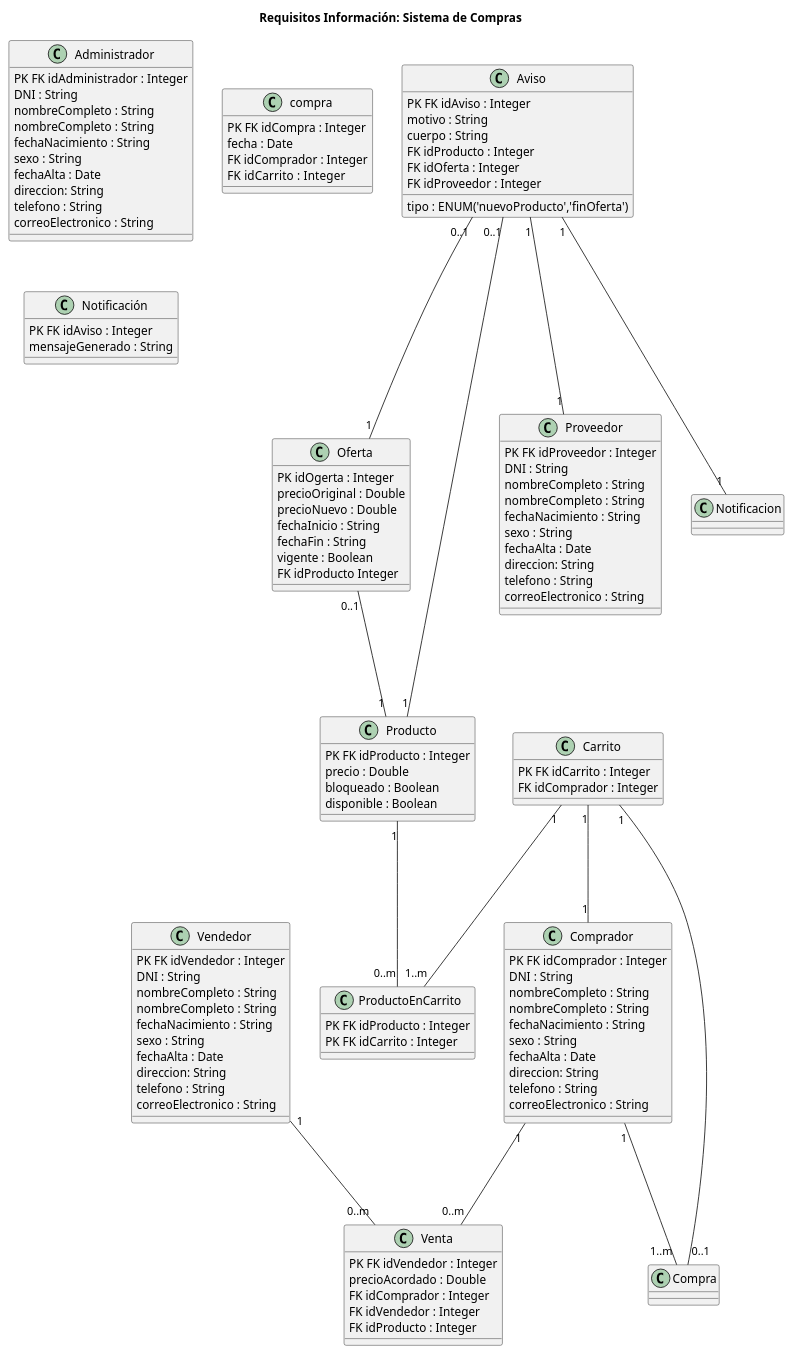
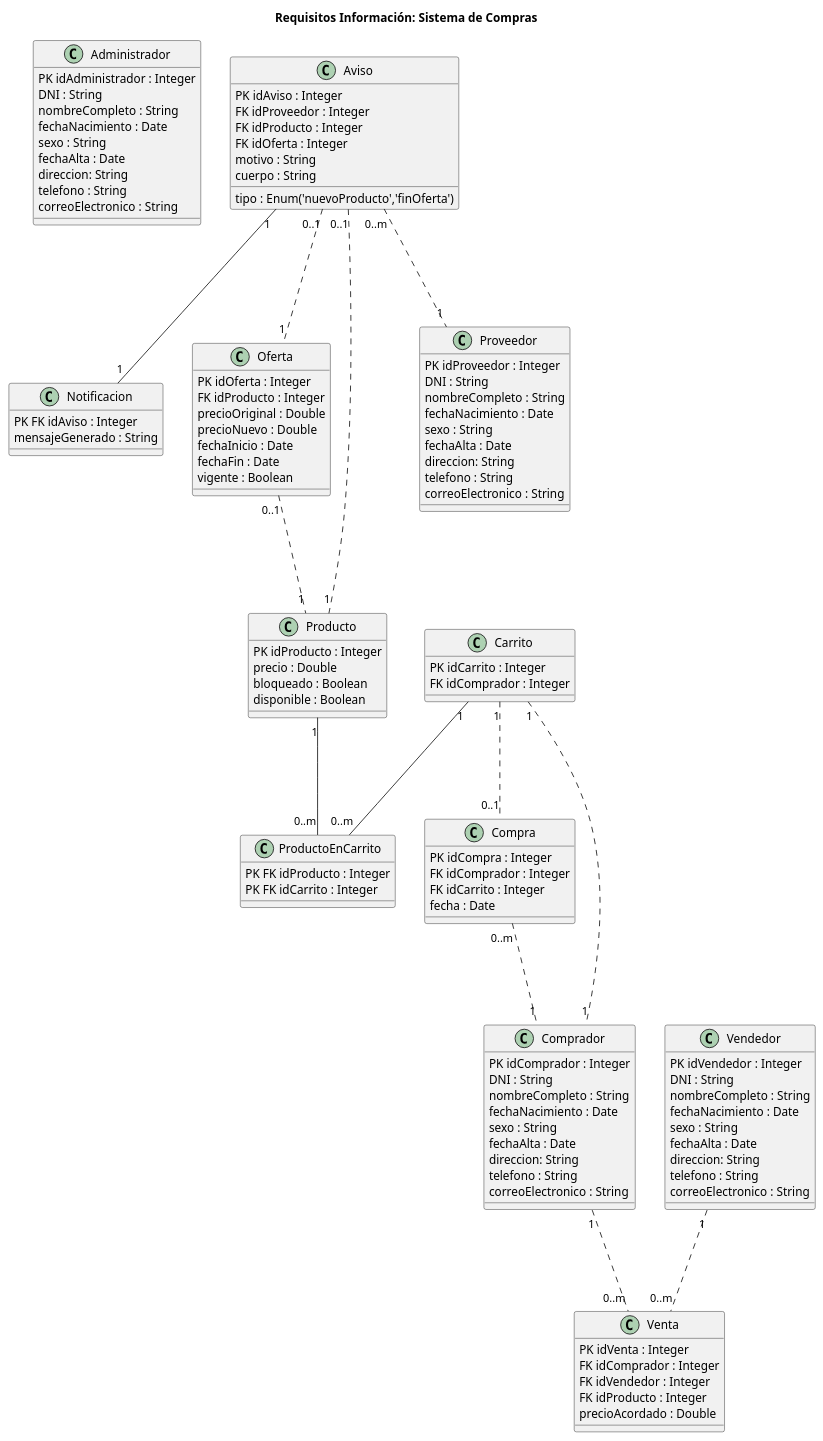
One commit to emg842/INRE-UAL-ROJO-2022 changed the diagram in LAB1/src/IRs_sistema_de_compras.puml. Above: the diagram before and after it, drawn with PlantUML. The commit also changed 2 other files, not shown here.

Commit message:
revision de diagramas de clases del supuesto 1

```diff
--- a/LAB1/src/IRs_sistema_de_compras.puml
+++ b/LAB1/src/IRs_sistema_de_compras.puml
@@ -1,127 +1,123 @@
 @startuml IRs_sistema_de_compras
 
 title Requisitos Información: Sistema de Compras
 
 Class Administrador {
-    PK FK idAdministrador : Integer
+    PK idAdministrador : Integer
     DNI : String
     nombreCompleto : String
-    nombreCompleto : String
-    fechaNacimiento : String
+    fechaNacimiento : Date
     sexo : String
     fechaAlta : Date
     direccion: String
     telefono : String
     correoElectronico : String
 }
 
 Class Aviso {
-    PK FK idAviso : Integer
-    tipo : ENUM('nuevoProducto','finOferta')
+    PK idAviso : Integer
+    FK idProveedor : Integer
+    FK idProducto : Integer
+    FK idOferta : Integer
+    tipo : Enum('nuevoProducto','finOferta')
     motivo : String
     cuerpo : String
-    FK idProducto : Integer
-    FK idOferta : Integer  
-    FK idProveedor : Integer
 }
 
 Class Carrito {
-    PK FK idCarrito : Integer
+    PK idCarrito : Integer
     FK idComprador : Integer
 }
 
-Class compra {
-    PK FK idCompra : Integer
+Class Compra {
+    PK idCompra : Integer
+    FK idComprador : Integer
+    FK idCarrito : Integer
     fecha : Date
-    FK idComprador : Integer
-    FK  idCarrito : Integer
 }
 
 Class Comprador {
-    PK FK idComprador : Integer
+    PK idComprador : Integer
     DNI : String
     nombreCompleto : String
-    nombreCompleto : String
-    fechaNacimiento : String
+    fechaNacimiento : Date
     sexo : String
     fechaAlta : Date
     direccion: String
     telefono : String
     correoElectronico : String
 }
 
-Class Notificación {
+Class Notificacion {
     PK FK idAviso : Integer
-    mensajeGenerado : String  
+    mensajeGenerado : String
 }
 
 Class Oferta {
-    PK idOgerta : Integer
+    PK idOferta : Integer
+    FK idProducto : Integer
     precioOriginal : Double
     precioNuevo : Double
-    fechaInicio : String
-    fechaFin : String
+    fechaInicio : Date
+    fechaFin : Date
     vigente : Boolean
-    FK idProducto Integer 
 }
 
 Class Producto {
-    PK FK idProducto : Integer
+    PK idProducto : Integer
     precio : Double
     bloqueado : Boolean
     disponible : Boolean   
 }
 
 Class ProductoEnCarrito {
     PK FK idProducto : Integer
     PK FK idCarrito : Integer
 }
 
 Class Proveedor {
-    PK FK idProveedor : Integer
+    PK idProveedor : Integer
     DNI : String
     nombreCompleto : String
-    nombreCompleto : String
-    fechaNacimiento : String
+    fechaNacimiento : Date
     sexo : String
     fechaAlta : Date
     direccion: String
     telefono : String
-    correoElectronico : String 
+    correoElectronico : String
 }
 
 Class Vendedor {
-    PK FK idVendedor : Integer
+    PK idVendedor : Integer
     DNI : String
     nombreCompleto : String
-    nombreCompleto : String
-    fechaNacimiento : String
+    fechaNacimiento : Date
     sexo : String
     fechaAlta : Date
     direccion: String
     telefono : String
-    correoElectronico : String   
+    correoElectronico : String  
 }
 
 Class Venta {
-    PK FK idVendedor : Integer
-    precioAcordado : Double
+    PK idVenta : Integer
     FK idComprador : Integer
     FK idVendedor : Integer
     FK idProducto : Integer
+    precioAcordado : Double
 }
 
-Aviso "0..1" --- "1" Oferta
-Aviso "0..1" --- "1" Producto
 Aviso "1" --- "1" Notificacion
-Aviso "1" --- "1" Proveedor
-Carrito "1" --- "1" Comprador
-Carrito "1" --- "0..1" Compra
-Carrito "1" --- "1..m" ProductoEnCarrito
-Comprador "1" --- "0..m" Venta
-Comprador "1" --- "1..m" Compra
-Oferta "0..1" --- "1" Producto
+Aviso "0..1" ... "1" Oferta
+Aviso "0..1" ... "1" Producto
+Aviso "0..m" ... "1" Proveedor
+Carrito "1" ... "0..1" Compra
+Carrito "1" ... "1" Comprador
+Carrito "1" --- "0..m" ProductoEnCarrito
+Compra "0..m" ... "1" Comprador
+Comprador "1" ... "0..m" Venta
+Oferta "0..1" ... "1" Producto
 Producto "1" --- "0..m" ProductoEnCarrito
-Vendedor "1" --- "0..m" Venta
+Vendedor "1" ... "0..m" Venta
 
 @enduml
```
